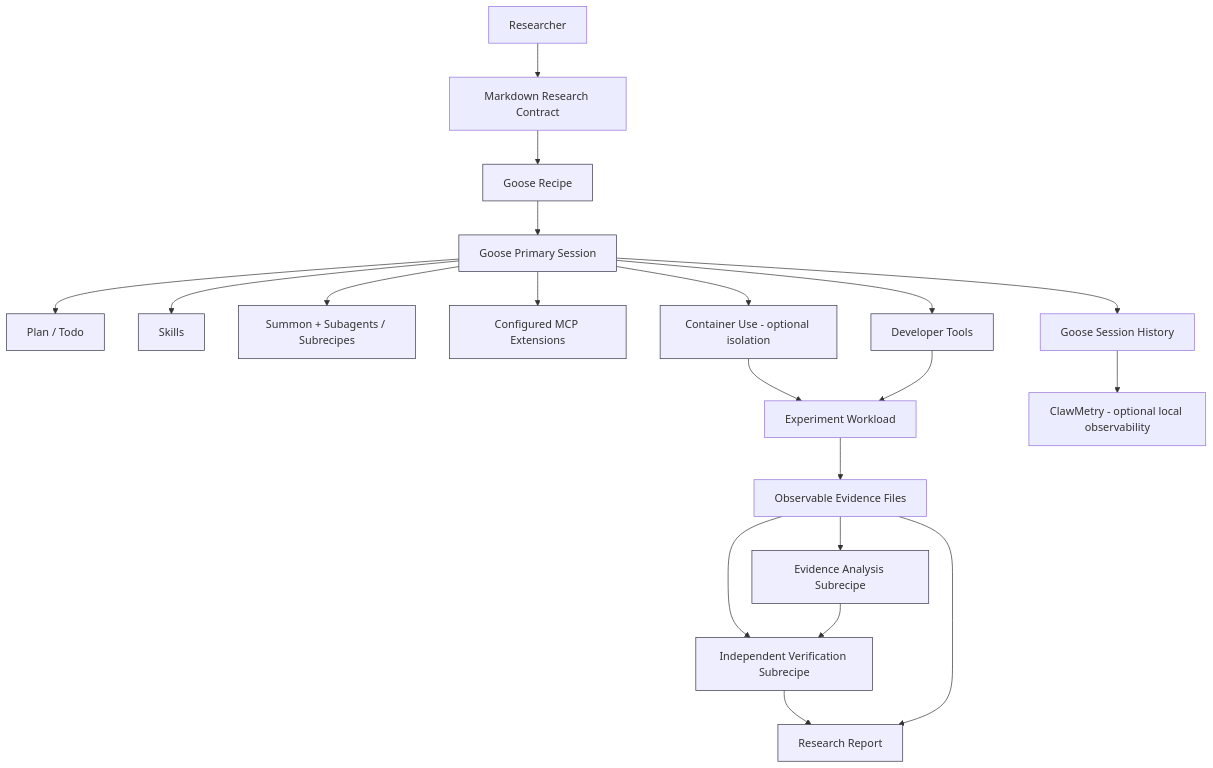
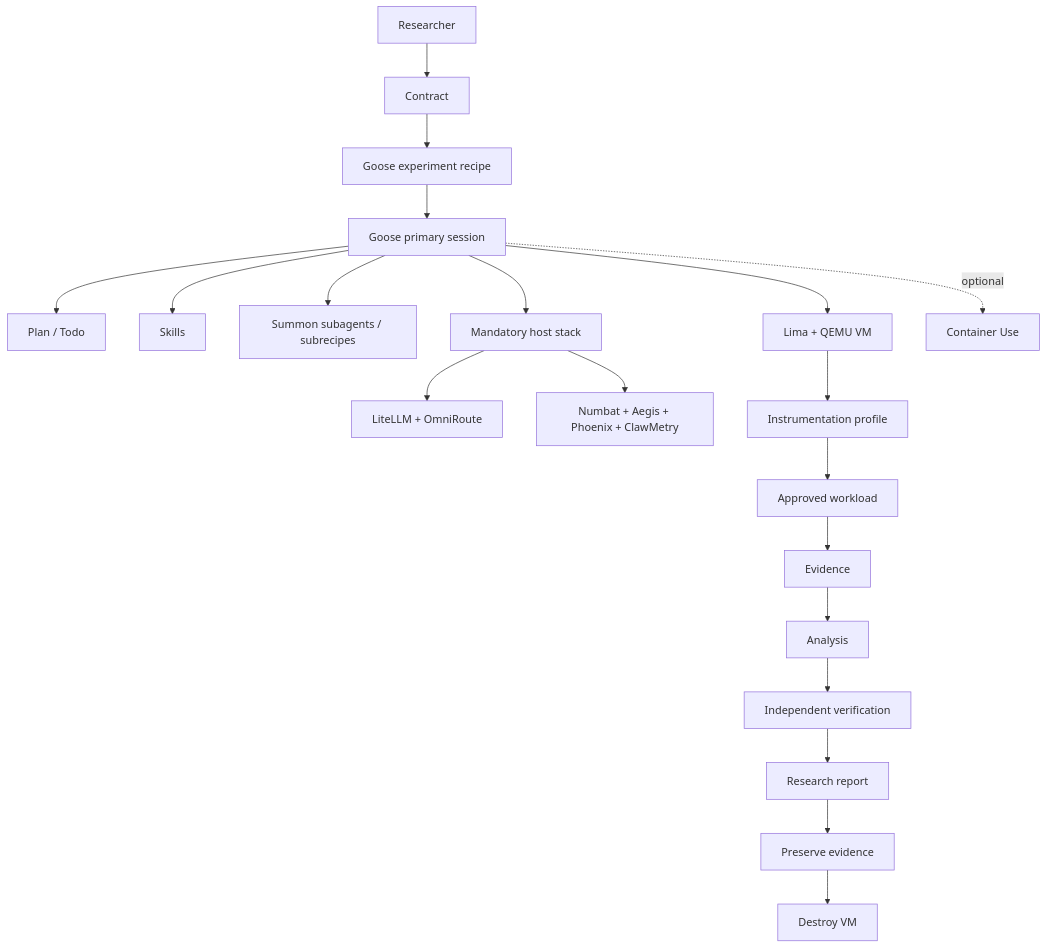
One commit to Opposum0112/Cusimanse changed the diagram in docs/architecture/cusimanse-architecture.mmd. Above: the diagram before and after it, drawn with Mermaid. The commit also changed 291 other files, not shown here.

```diff
--- a/docs/architecture/cusimanse-architecture.mmd
+++ b/docs/architecture/cusimanse-architecture.mmd
@@ -1,23 +1,20 @@
 flowchart TD
-    R[Researcher] --> C[Markdown Research Contract]
-    C --> Q[Goose Recipe]
-    Q --> G[Goose Primary Session]
-    G --> P[Plan / Todo]
-    G --> S[Skills]
-    G --> M[Summon + Subagents / Subrecipes]
-    G --> X[Configured MCP Extensions]
-    G --> I[Developer Tools]
-    G --> U[Container Use - optional isolation]
-    U --> W[Experiment Workload]
-    I --> W
-    W --> E[Observable Evidence Files]
-    E --> A[Evidence Analysis Subrecipe]
-    E --> V[Independent Verification Subrecipe]
-    A --> V
-    V --> T[Research Report]
-    E --> T
-    G --> H[Goose Session History]
-    H --> O[ClawMetry - optional local observability]
-
-    classDef native fill:#eef,stroke:#334;
-    class Q,G,P,S,M,X,I,U,A,V,T native;
+ R[Researcher] --> C[Contract]
+ C --> G[Goose experiment recipe]
+ G --> P[Goose primary session]
+ P --> PLAN[Plan / Todo]
+ P --> SK[Skills]
+ P --> SA[Summon subagents / subrecipes]
+ P --> HOST[Mandatory host stack]
+ HOST --> GW[LiteLLM + OmniRoute]
+ HOST --> OBS[Numbat + Aegis + Phoenix + ClawMetry]
+ P --> VM[Lima + QEMU VM]
+ VM --> I[Instrumentation profile]
+ I --> W[Approved workload]
+ W --> E[Evidence]
+ E --> A[Analysis]
+ A --> V[Independent verification]
+ V --> RPT[Research report]
+ RPT --> PR[Preserve evidence]
+ PR --> D[Destroy VM]
+ P -. optional .-> CU[Container Use]
```
